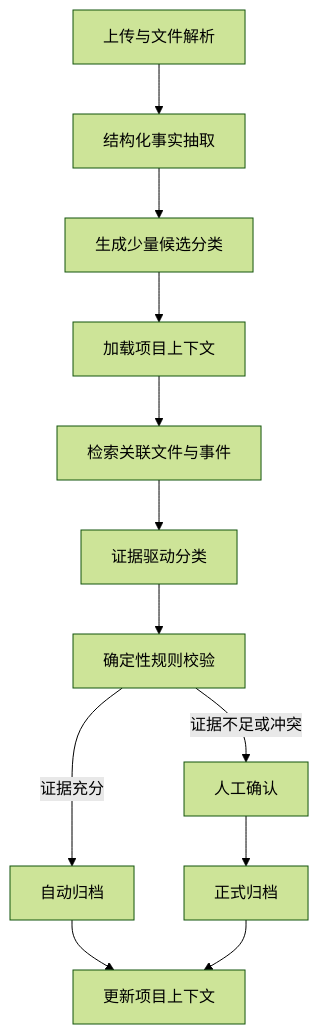
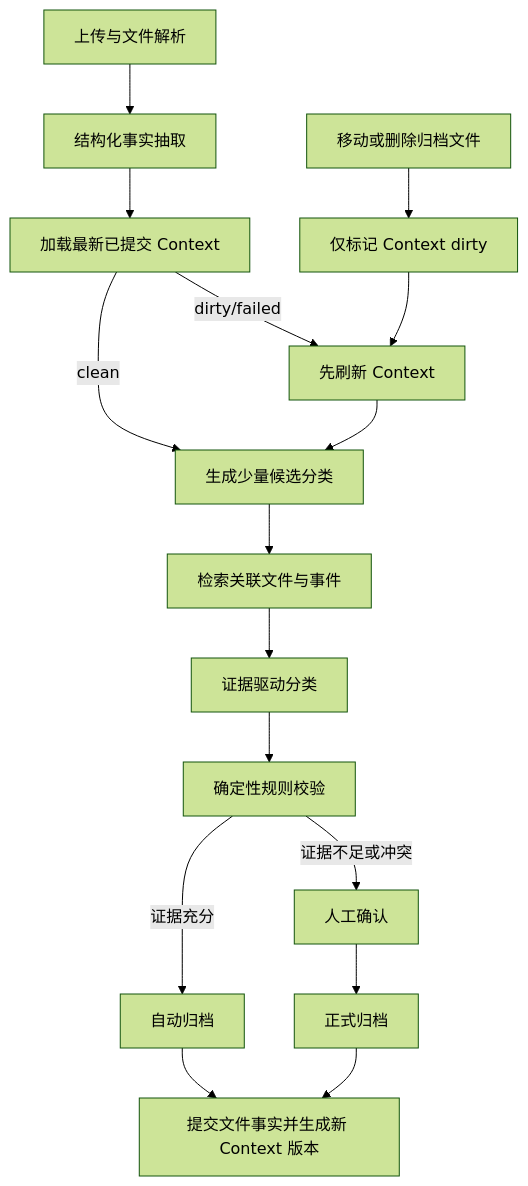
Before and after one commit to MichaelTQ/Investment-Project-File-Management-System: the diagram in NEXT_STAGE_AGENT_IMPLEMENTATION_PLAN.md, drawn with Mermaid (forest theme). The commit also changed other lines of this file and 11 other files, not shown here.

````diff
--- a/NEXT_STAGE_AGENT_IMPLEMENTATION_PLAN.md
+++ b/NEXT_STAGE_AGENT_IMPLEMENTATION_PLAN.md
@@ -142,14 +144,18 @@
 ```mermaid
 flowchart TD
     A["上传与文件解析"] --> B["结构化事实抽取"]
-    B --> C["生成少量候选分类"]
-    C --> D["加载项目上下文"]
-    D --> E["检索关联文件与事件"]
-    E --> F["证据驱动分类"]
-    F --> G["确定性规则校验"]
-    G -->|"证据充分"| H["自动归档"]
-    G -->|"证据不足或冲突"| I["人工确认"]
-    I --> J["正式归档"]
-    H --> K["更新项目上下文"]
-    J --> K
+    B --> C["加载最新已提交 Context"]
+    C -->|"dirty/failed"| D["先刷新 Context"]
+    C -->|"clean"| E["生成少量候选分类"]
+    D --> E
+    E --> F["检索关联文件与事件"]
+    F --> G["证据驱动分类"]
+    G --> H["确定性规则校验"]
+    H -->|"证据充分"| I["自动归档"]
+    H -->|"证据不足或冲突"| J["人工确认"]
+    J --> K["正式归档"]
+    I --> L["提交文件事实并生成新 Context 版本"]
+    K --> L
+    M["移动或删除归档文件"] --> N["仅标记 Context dirty"]
+    N --> D
 ```
````
